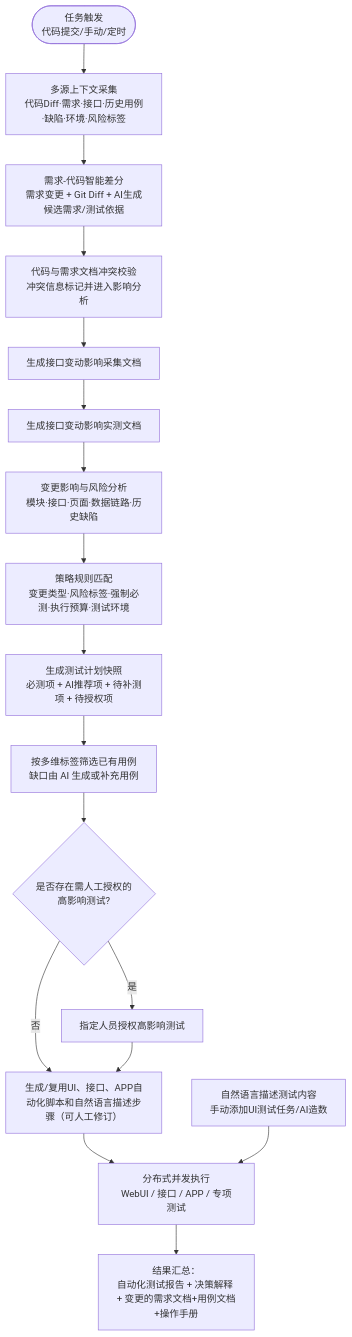
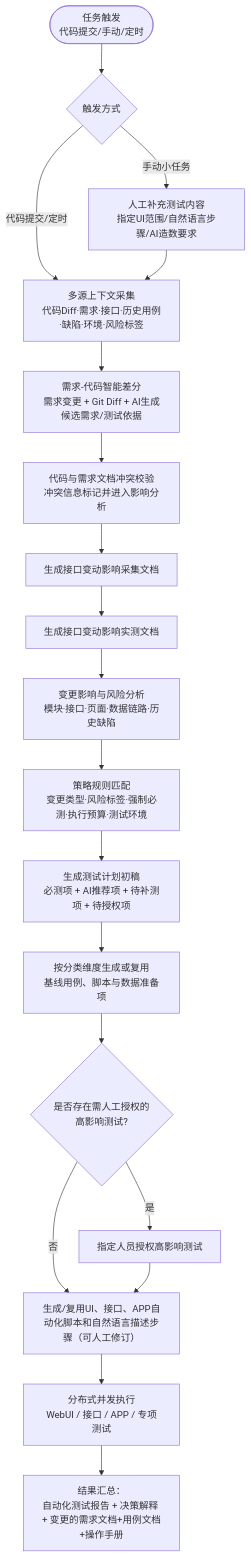
The fourth of 7 diagrams in AI驱动自动化测试平台自研落地实施方案.md (xiangsong97/xueran), drawn with Mermaid before and after one commit. The commit also changed other lines of this file, not shown here.

````diff
--- a/AI驱动自动化测试平台自研落地实施方案.md
+++ b/AI驱动自动化测试平台自研落地实施方案.md
@@ -659,19 +691,21 @@
 ```mermaid
 flowchart TD
-    START(["任务触发<br/>代码提交/手动/定时"]) --> CTX["多源上下文采集<br/>代码Diff·需求·接口·历史用例·缺陷·环境·风险标签"]
+    START(["任务触发<br/>代码提交/手动/定时"]) --> TYPE{"触发方式"}
+    TYPE -- "代码提交/定时" --> CTX["多源上下文采集<br/>代码Diff·需求·接口·历史用例·缺陷·环境·风险标签"]
+    TYPE -- "手动小任务" --> COLLECT["人工补充测试内容<br/>指定UI范围/自然语言步骤/AI造数要求"]
+    COLLECT --> CTX
     CTX -->  DIFF["需求-代码智能差分<br/>需求变更 + Git Diff + AI生成候选需求/测试依据"]
     DIFF -->  CONFLICT["代码与需求文档冲突校验<br/>冲突信息标记并进入影响分析"]
     CONFLICT --> COL["生成接口变动影响采集文档"]
     COL --> DOC["生成接口变动影响实测文档"]
     DOC --> IMPACT["变更影响与风险分析<br/>模块·接口·页面·数据链路·历史缺陷"]
     IMPACT --> RULE["策略规则匹配<br/>变更类型·风险标签·强制必测·执行预算·测试环境"]
-    RULE --> PLAN["生成测试计划快照<br/>必测项 + AI推荐项 + 待补测项 + 待授权项"]
-    PLAN --> CASES["按多维标签筛选已有用例<br/>缺口由 AI 生成或补充用例"]
+    RULE --> PLAN["生成测试计划初稿<br/>必测项 + AI推荐项 + 待补测项 + 待授权项"]
+    PLAN --> CASES["按分类维度生成或复用<br/>基线用例、脚本与数据准备项"]
     CASES --> GATE{"是否存在需人工授权的<br/>高影响测试?"}
     GATE -- "否" --> SCRIPT["生成/复用UI、接口、APP自动化脚本和自然语言描述步骤（可人工修订）"]
     GATE -- "是" --> APPROVE["指定人员授权高影响测试"]
     APPROVE --> SCRIPT
     SCRIPT --> EXEC["分布式并发执行<br/>WebUI / 接口 / APP / 专项测试"]
-    COLLECT["自然语言描述测试内容<br/>手动添加UI测试任务/AI造数"] --> EXEC
     EXEC --> REPORT["结果汇总：<br/>自动化测试报告 + 决策解释 + 变更的需求文档+用例文档+操作手册"]
 ```
````
